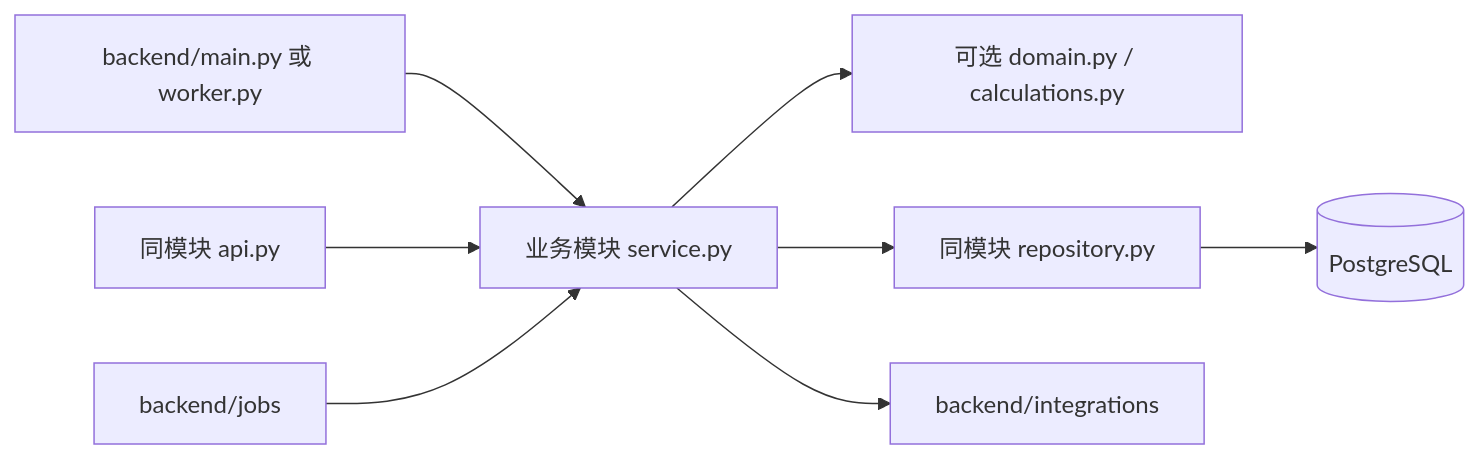
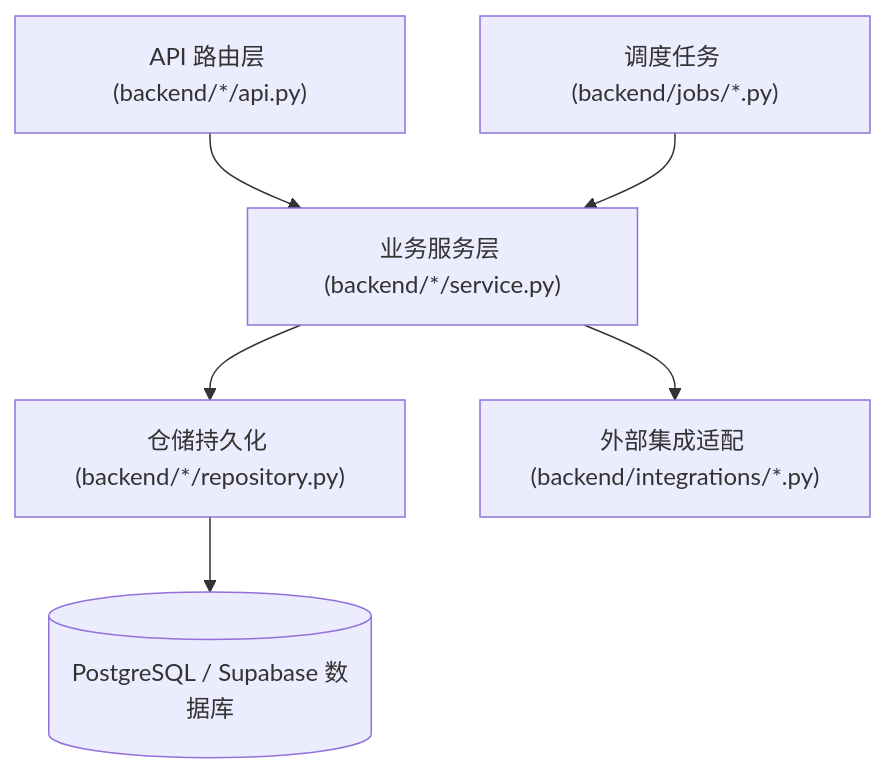
The second of 6 diagrams in docs/10.WealthSail-MVP前后端实现与系统部署规范.md (sinojelly/wealthsail), drawn with Mermaid before and after one commit. The commit also changed other lines of this file, not shown here.

````diff
--- a/docs/10.WealthSail-MVP前后端实现与系统部署规范.md
+++ b/docs/10.WealthSail-MVP前后端实现与系统部署规范.md
@@ -273,10 +115,8 @@
 ```mermaid
-flowchart LR
-    Entry["backend/main.py 或 worker.py"] --> Service["业务模块 service.py"]
-    API["同模块 api.py"] --> Service
-    Service --> Calc["可选 domain.py / calculations.py"]
-    Service --> Repo["同模块 repository.py"]
-    Service --> Integration["backend/integrations"]
-    Repo --> DB[("PostgreSQL")]
-    Job["backend/jobs"] --> Service
+flowchart TD
+    API["API 路由层 (backend/*/api.py)"] --> Service["业务服务层 (backend/*/service.py)"]
+    Jobs["调度任务 (backend/jobs/*.py)"] --> Service
+    Service --> Repo["仓储持久化 (backend/*/repository.py)"]
+    Service --> Integration["外部集成适配 (backend/integrations/*.py)"]
+    Repo --> DB[("PostgreSQL / Supabase 数据库")]
 ```
````
